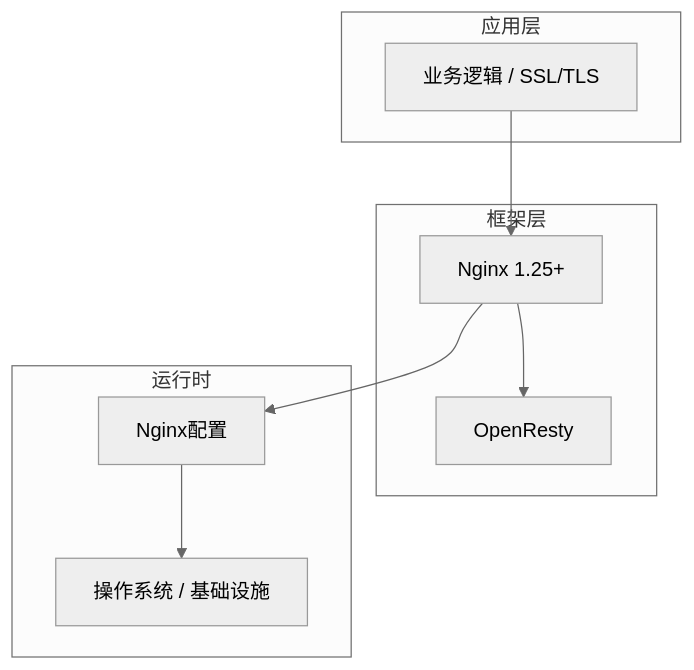
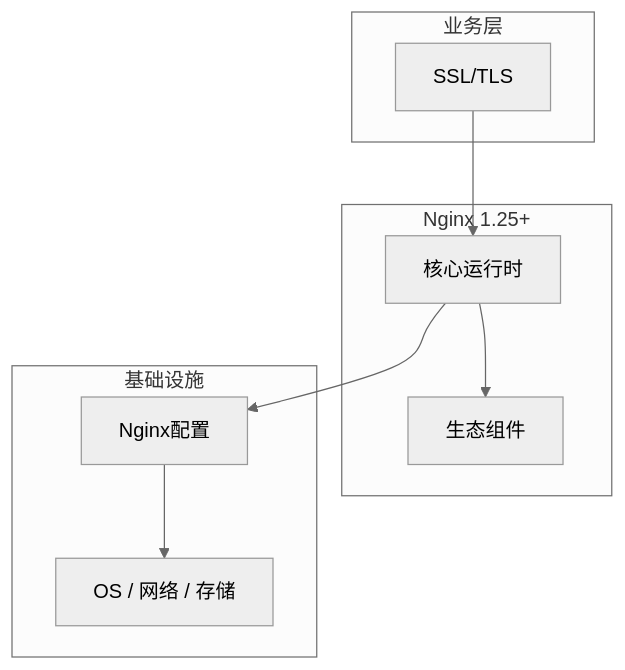
One commit to yanggan2015/knowledge-json-v2 changed the diagram in articles/Nginx/chapters/046-SSLTLS核心概念与原理.md. Above: the diagram before and after it, drawn with Mermaid (neutral theme). The commit also changed other lines of this file and 10127 other files, not shown here.

````diff
--- a/articles/Nginx/chapters/046-SSLTLS核心概念与原理.md
+++ b/articles/Nginx/chapters/046-SSLTLS核心概念与原理.md
@@ -45,18 +34,18 @@
 ```mermaid
 graph TB
-    subgraph 应用层
-        A[业务逻辑 / SSL/TLS]
+    subgraph 业务层
+        A[SSL/TLS]
     end
-    subgraph 框架层
-        B[Nginx 1.25+]
-        C[OpenResty]
+    subgraph Nginx 1.25+
+        B[核心运行时]
+        C[生态组件]
     end
-    subgraph 运行时
+    subgraph 基础设施
         D[Nginx配置]
-        E[操作系统 / 基础设施]
+        E[OS / 网络 / 存储]
     end
     A --> B
     B --> C
     B --> D
     D --> E
 ```
````
